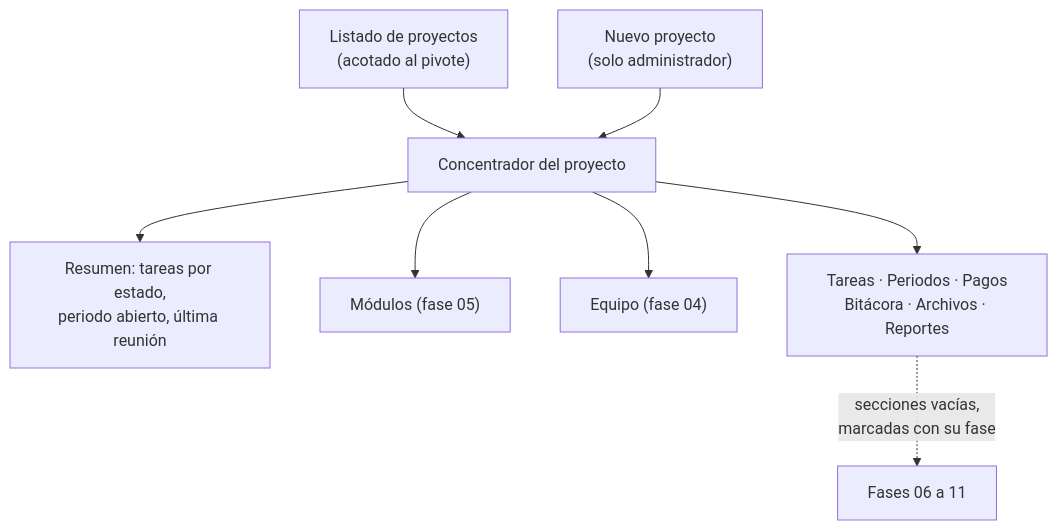
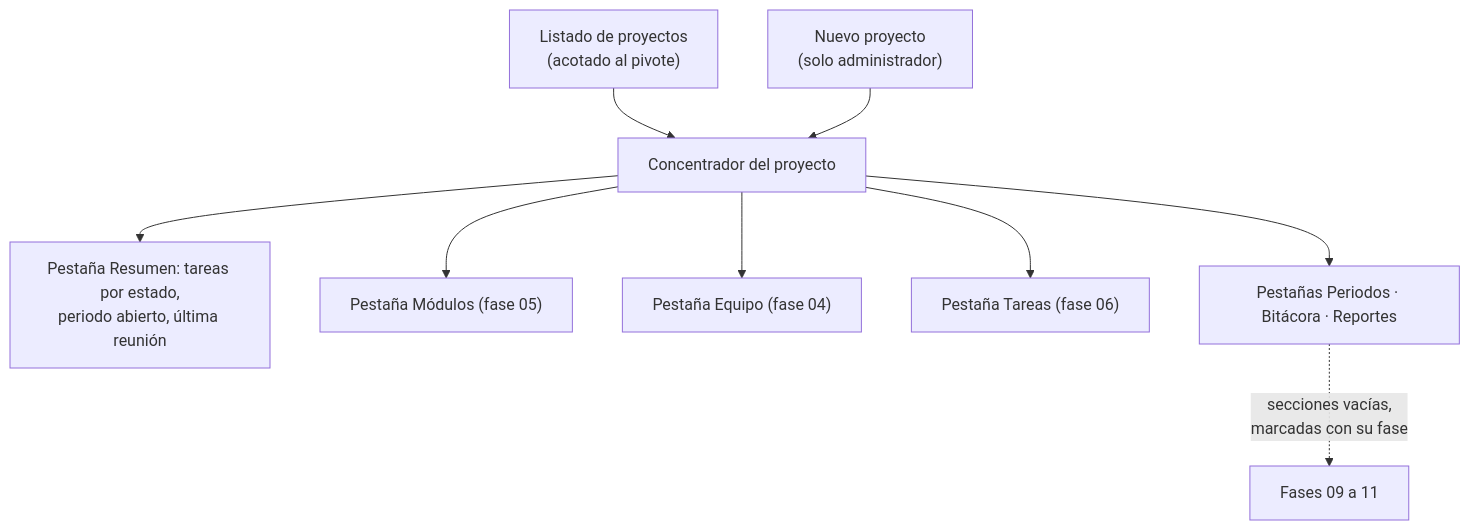
One commit to stivenfon97/gestor-tareas changed the diagram in docs/modulos/proyectos.md. Above: the diagram before and after it, drawn with Mermaid. The commit also changed other lines of this file and 9 other files, not shown here.

````diff
--- a/docs/modulos/proyectos.md
+++ b/docs/modulos/proyectos.md
@@ -59,12 +59,13 @@
 ```mermaid
 flowchart TD
     listado["Listado de proyectos<br/>(acotado al pivote)"] --> detalle["Concentrador del proyecto"]
     crear["Nuevo proyecto<br/>(solo administrador)"] --> detalle
 
-    detalle --> resumen["Resumen: tareas por estado,<br/>periodo abierto, última reunión"]
-    detalle --> modulos["Módulos (fase 05)"]
-    detalle --> equipo["Equipo (fase 04)"]
-    detalle --> pendientes["Tareas · Periodos · Pagos<br/>Bitácora · Archivos · Reportes"]
+    detalle --> resumen["Pestaña Resumen: tareas por estado,<br/>periodo abierto, última reunión"]
+    detalle --> modulos["Pestaña Módulos (fase 05)"]
+    detalle --> equipo["Pestaña Equipo (fase 04)"]
+    detalle --> tareas["Pestaña Tareas (fase 06)"]
+    detalle --> pendientes["Pestañas Periodos · Bitácora · Reportes"]
 
-    pendientes -.->|"secciones vacías,<br/>marcadas con su fase"| futuro["Fases 06 a 11"]
+    pendientes -.->|"secciones vacías,<br/>marcadas con su fase"| futuro["Fases 09 a 11"]
 ```
````
